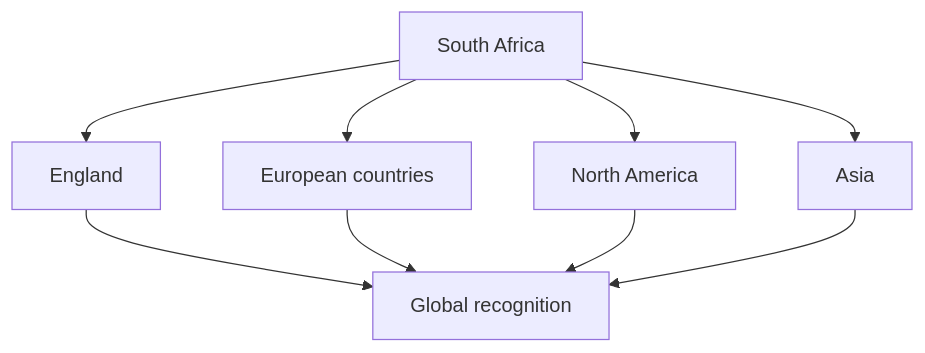
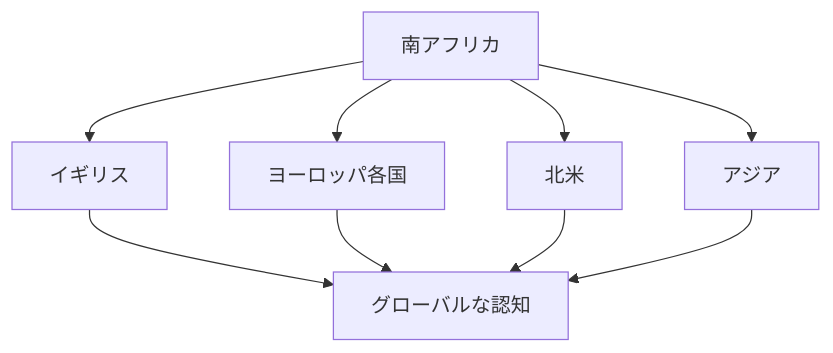
The fifth of 8 diagrams in en/_posts/2025-11-30-column-south-african-amapiano.md (monumental-movement/monumental-movement.github.io), drawn with Mermaid before and after one commit. The commit also changed other lines of this file and 2196 other files, not shown here.

```diff
--- a/en/_posts/2025-11-30-column-south-african-amapiano.md
+++ b/en/_posts/2025-11-30-column-south-african-amapiano.md
@@ -221,12 +221,12 @@
 <div class="mermaid">
 graph TD
-    ZA["South Africa"] --> UK["England"]
-    ZA --> EU["European countries"]
-    ZA --> US["North America"]
-    ZA --> AS["Asia"]
+    ZA["南アフリカ"] --> UK["イギリス"]
+    ZA --> EU["ヨーロッパ各国"]
+    ZA --> US["北米"]
+    ZA --> AS["アジア"]
 
-    UK --> GLB["Global recognition"]
+    UK --> GLB["グローバルな認知"]
     EU --> GLB
     US --> GLB
     AS --> GLB
 </div>
```
